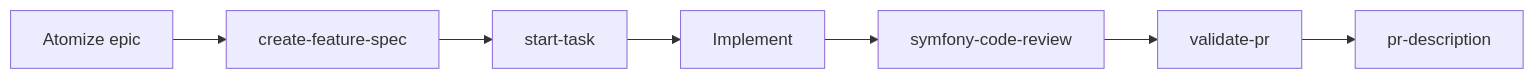
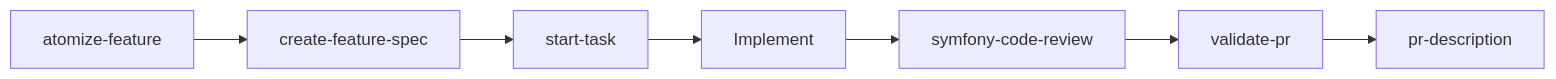
Before and after one commit to laurabcn/symfony-backend-ai-harness: the diagram in docs/architecture/pipeline.md, drawn with Mermaid. The commit also changed other lines of this file and 8 other files, not shown here.

````diff
--- a/docs/architecture/pipeline.md
+++ b/docs/architecture/pipeline.md
@@ -3,11 +3,11 @@
 ```mermaid
 flowchart LR
-  atomize[Atomize epic]
+  atomize[atomize-feature]
   spec[create-feature-spec]
   start[start-task]
   impl[Implement]
   review[symfony-code-review]
   validate[validate-pr]
   pr[pr-description]
   atomize --> spec --> start --> impl --> review --> validate --> pr
 ```
````
